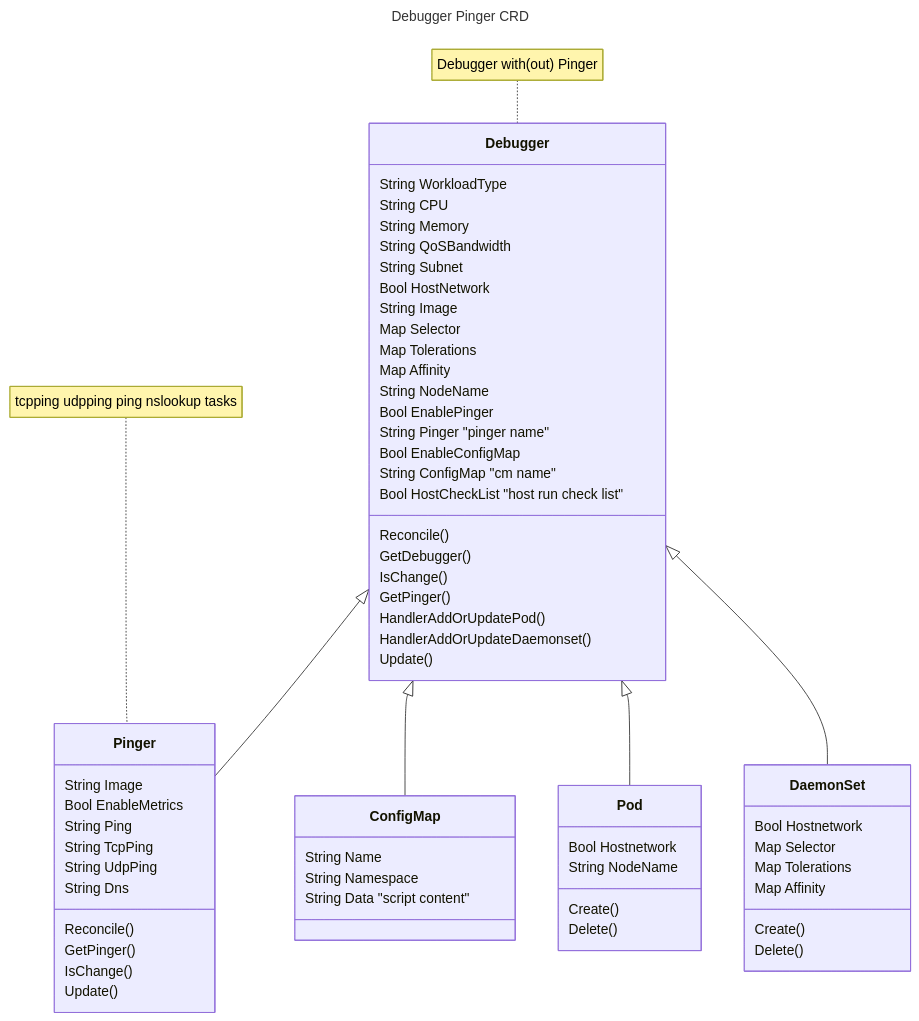
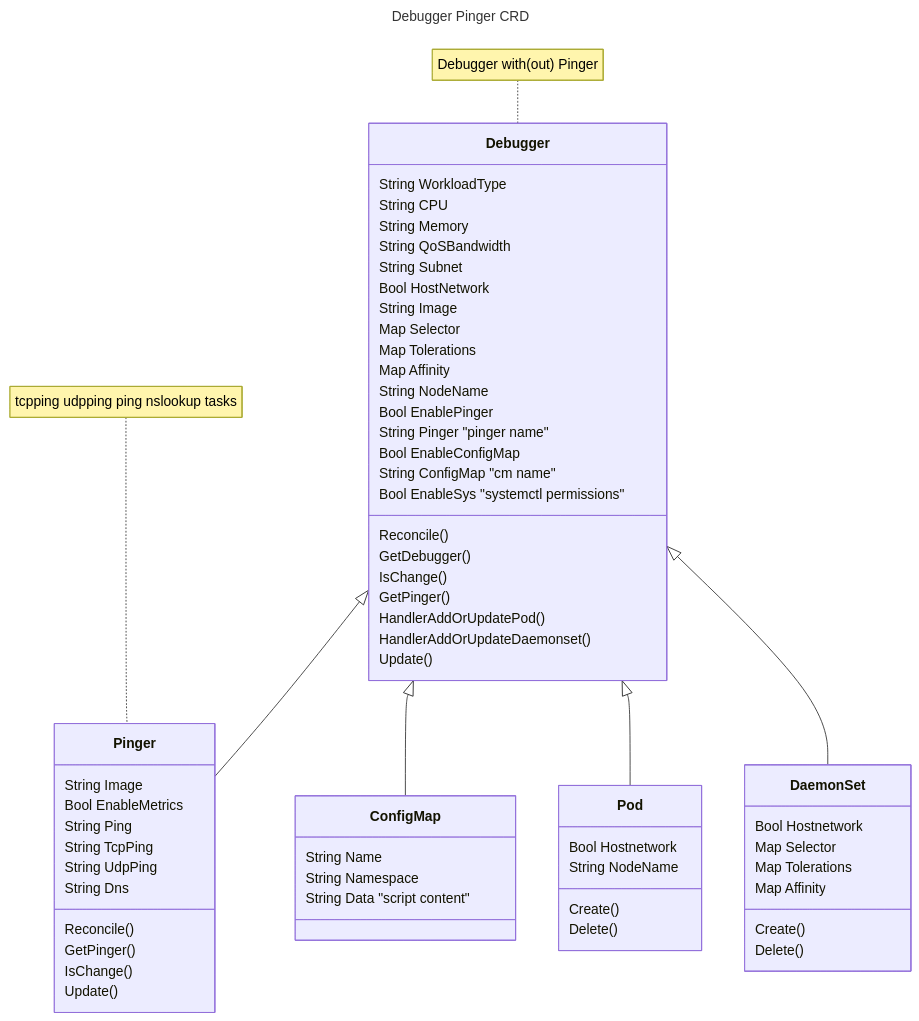
The first of 3 diagrams in docs/debugger-pinger.md (kubecombo/kube-combo), drawn with Mermaid before and after one commit.

````diff
--- a/docs/debugger-pinger.md
+++ b/docs/debugger-pinger.md
@@ -5,77 +5,77 @@
 ```mermaid
 ---
 title: Debugger Pinger CRD
 ---
 classDiagram
     note for Debugger "Debugger with(out) Pinger"
     Debugger <|-- Pinger
     Debugger <|-- ConfigMap
     note for Pinger "tcpping udpping ping nslookup tasks"
     Debugger <|-- Pod
     Debugger <|-- DaemonSet
 
     class Debugger {
         String WorkloadType
         String CPU
         String Memory
         String QoSBandwidth
         String Subnet
         Bool HostNetwork
         String Image
         Map Selector
         Map Tolerations
         Map Affinity
         String NodeName
         Bool EnablePinger
         String Pinger "pinger name"
         Bool EnableConfigMap
         String ConfigMap "cm name"
-        Bool HostCheckList "host run check list"
+        Bool EnableSys "systemctl permissions"
 
         Reconcile()
         GetDebugger()
         IsChange()
         GetPinger()
         HandlerAddOrUpdatePod()
         HandlerAddOrUpdateDaemonset()
         Update()
     }
 
    class ConfigMap {
         String Name
         String Namespace
         String Data "script content"
    }
 
    class Pinger {
         String Image
         Bool EnableMetrics
         String Ping
         String TcpPing
         String UdpPing
         String Dns
 
         Reconcile()
         GetPinger()
         IsChange()
         Update()
     }
 
    class Pod {
         Bool Hostnetwork
         String NodeName
 
         Create()
         Delete()
     }
 
    class DaemonSet {
      Bool Hostnetwork
      Map Selector
      Map Tolerations
      Map Affinity
 
      Create()
      Delete()
     }
 ```
````
